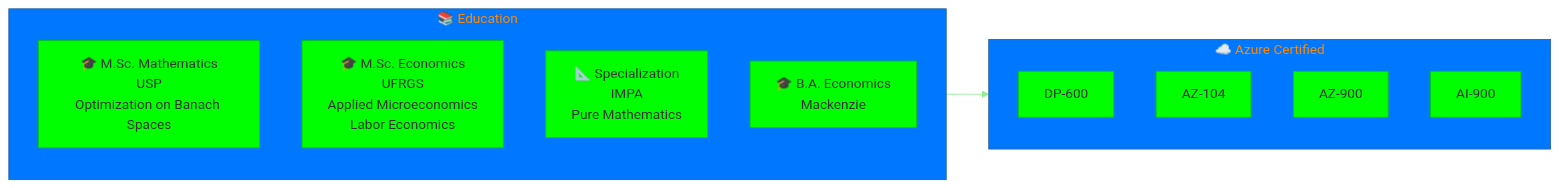
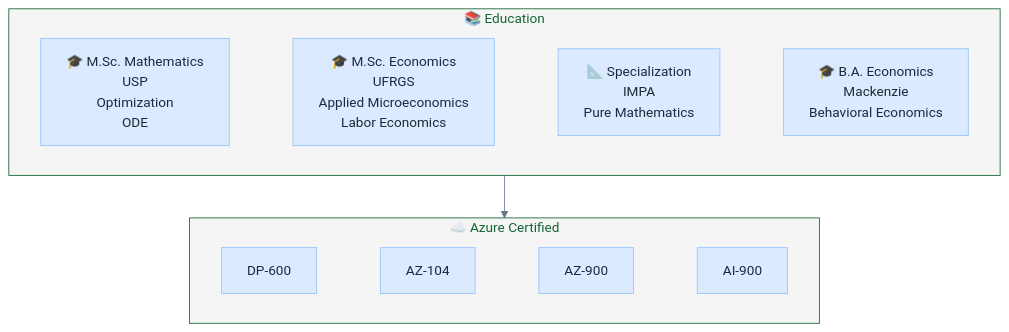
The diagram in README.md (Cataldir/Cataldir), drawn with Mermaid before and after one commit. The commit also changed other lines of this file, not shown here.

````diff
--- a/README.md
+++ b/README.md
@@ -87,25 +93,29 @@
 ```mermaid
 %%{init: {'theme': 'base', 'themeVariables': {
-  'primaryColor': '#00ff00',
-  'primaryBorderColor': '#00cc00',
-  'secondaryColor': '#00ffff',
-  'tertiaryColor': '#0077ff',
-  'lineColor': '#90EE90'
+  'background': '#f5f5f5',
+  'primaryColor': '#dbeafe',
+  'primaryBorderColor': '#93c5fd',
+  'primaryTextColor': '#1e293b',
+  'secondaryColor': '#e0f2fe',
+  'tertiaryColor': '#f0f9ff',
+  'lineColor': '#64748b',
+  'clusterBkg': '#f5f5f5',
+  'clusterBorder': '#cbd5e1',
+  'titleColor': '#166534'
 }}}%%
-flowchart LR
+flowchart TB
     subgraph edu["📚 Education"]
-        msc1["🎓 M.Sc. Mathematics\nUSP\nOptimization on Banach Spaces"]
-        msc2["🎓 M.Sc. Economics\nUFRGS\nApplied Microeconomics\nLabor Economics"]
-        impa["📐 Specialization\nIMPA\nPure Mathematics"]
-        ba["🎓 B.A. Economics\nMackenzie"]
+        direction LR
+        msc1["🎓 M.Sc. Mathematics<br>USP<br>Optimization<br>ODE"] ~~~ msc2["🎓 M.Sc. Economics<br>UFRGS<br>Applied Microeconomics<br>Labor Economics"] ~~~ impa["📐 Specialization<br>IMPA<br>Pure Mathematics"] ~~~ ba["🎓 B.A. Economics<br>Mackenzie<br>Behavioral Economics"]
     end
-    
+
     subgraph certs["☁️ Azure Certified"]
-        dp600["DP-600"]
-        az104["AZ-104"]
-        az900["AZ-900"]
-        ai900["AI-900"]
+        direction LR
+        dp600["DP-600"] ~~~ az104["AZ-104"] ~~~ az900["AZ-900"] ~~~ ai900["AI-900"]
     end
-    
+
     edu --> certs
+
+    style edu fill:#f5f5f5,stroke:#166534,color:#166534
+    style certs fill:#f5f5f5,stroke:#166534,color:#166534
 ```
````
